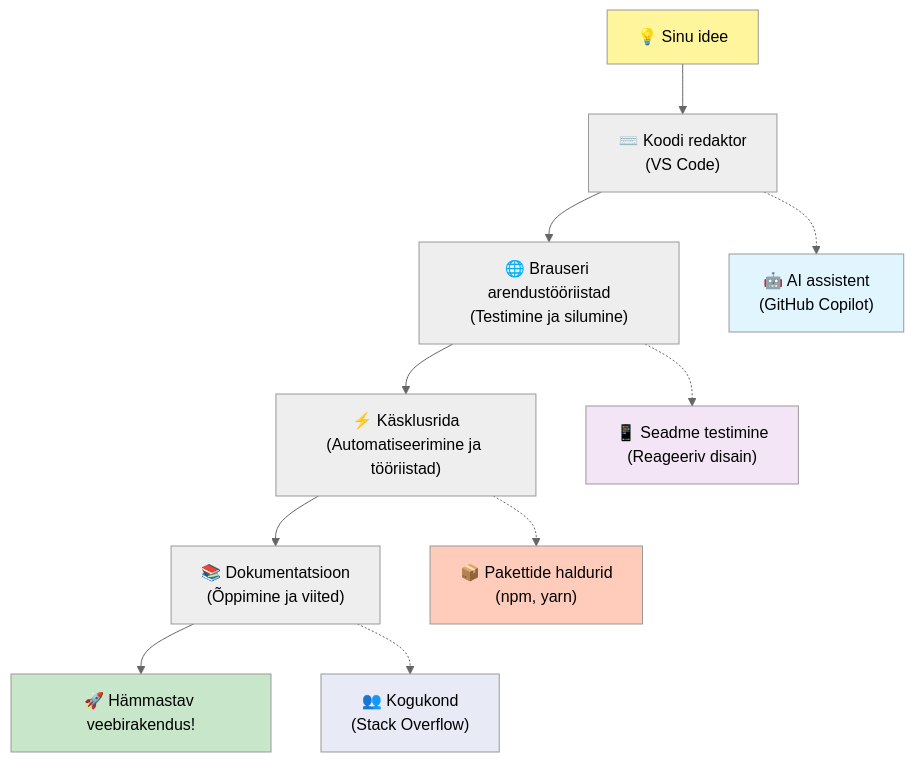
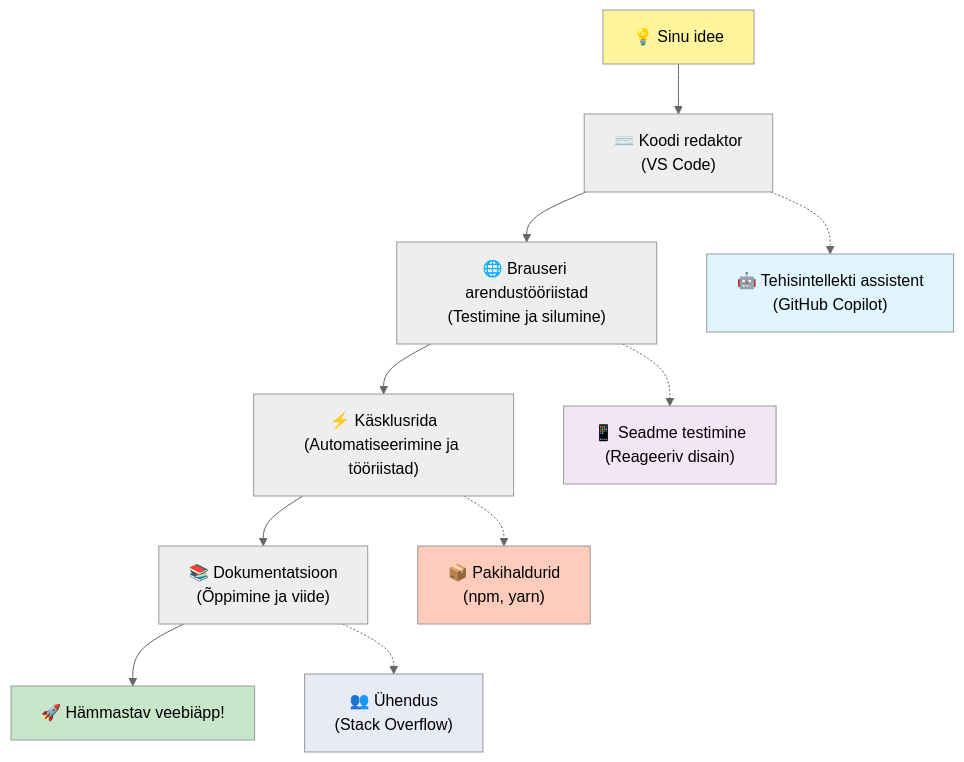
One commit to microsoft/Web-Dev-For-Beginners changed the fifth of 7 diagrams in translations/et/1-getting-started-lessons/1-intro-to-programming-languages/README.md. Above: the diagram before and after it, drawn with Mermaid (neutral theme). The commit also changed other lines of this file and 11 other files, not shown here.

````diff
--- a/translations/et/1-getting-started-lessons/1-intro-to-programming-languages/README.md
+++ b/translations/et/1-getting-started-lessons/1-intro-to-programming-languages/README.md
@@ -487,20 +488,20 @@
 ```mermaid
 graph TD
     A["💡 Sinu idee"] --> B["⌨️ Koodi redaktor<br/>(VS Code)"] 
     B --> C["🌐 Brauseri arendustööriistad<br/>(Testimine ja silumine)"]
     C --> D["⚡ Käsklusrida<br/>(Automatiseerimine ja tööriistad)"]
-    D --> E["📚 Dokumentatsioon<br/>(Õppimine ja viited)"]
-    E --> F["🚀 Hämmastav veebirakendus!"]
+    D --> E["📚 Dokumentatsioon<br/>(Õppimine ja viide)"]
+    E --> F["🚀 Hämmastav veebiäpp!"]
     
-    B -.-> G["🤖 AI assistent<br/>(GitHub Copilot)"]
+    B -.-> G["🤖 Tehisintellekti assistent<br/>(GitHub Copilot)"]
     C -.-> H["📱 Seadme testimine<br/>(Reageeriv disain)"]
-    D -.-> I["📦 Pakettide haldurid<br/>(npm, yarn)"]
-    E -.-> J["👥 Kogukond<br/>(Stack Overflow)"]
+    D -.-> I["📦 Pakihaldurid<br/>(npm, yarn)"]
+    E -.-> J["👥 Ühendus<br/>(Stack Overflow)"]
     
     style A fill:#fff59d
     style F fill:#c8e6c9
     style G fill:#e1f5fe
     style H fill:#f3e5f5
     style I fill:#ffccbc
     style J fill:#e8eaf6
 ```
````
